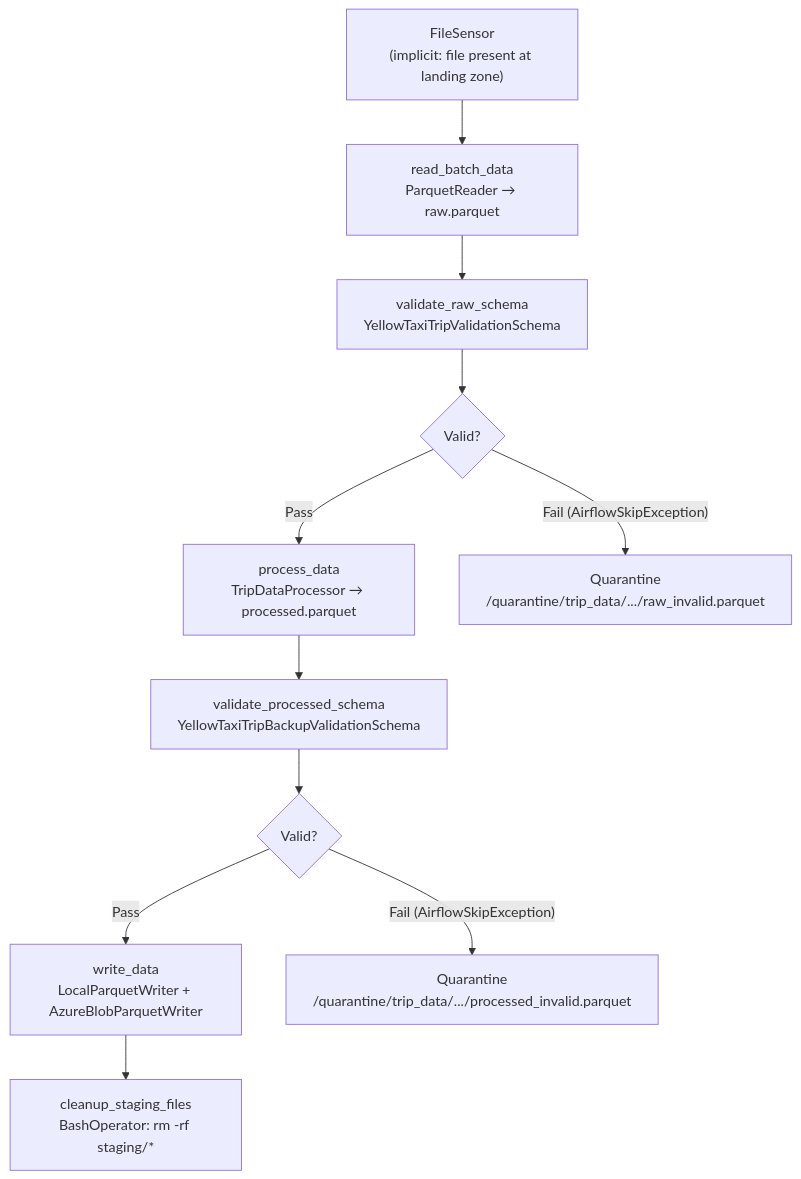
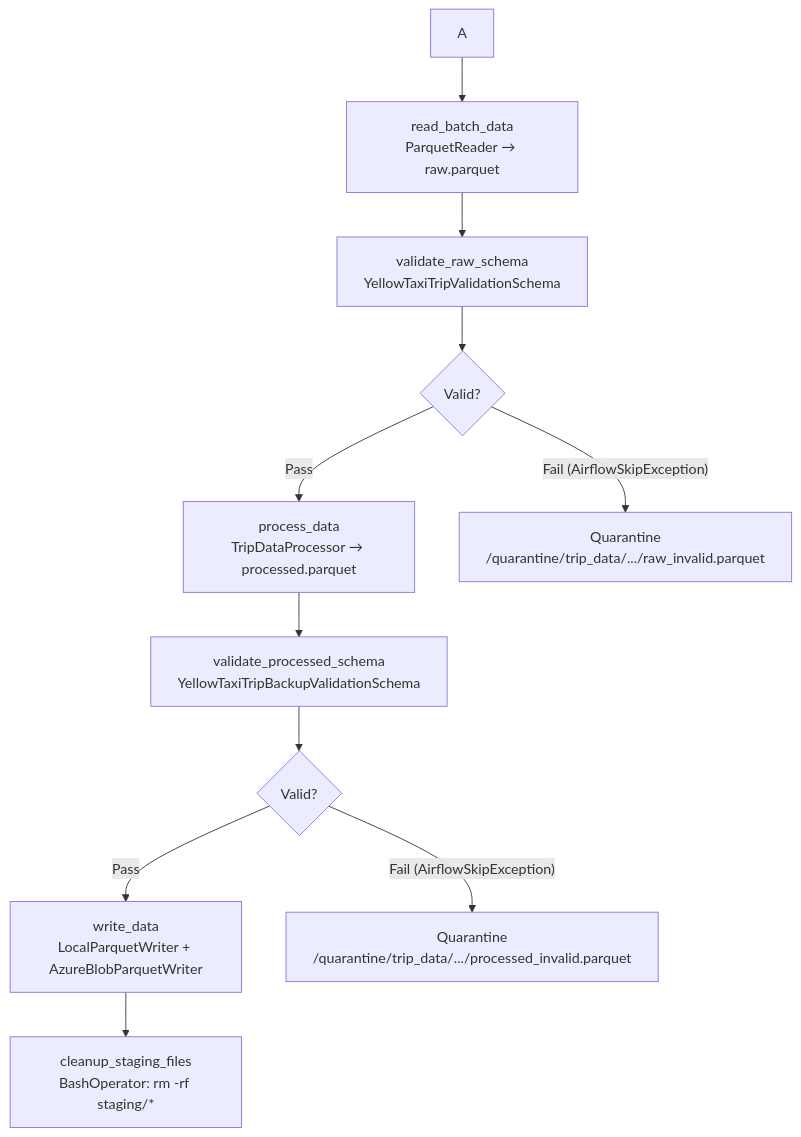
The first of 3 diagrams in README.md (Juangmz7/Data-Engineering-Pipeline), drawn with Mermaid before and after one commit.

Commit message:
Remove FileSensor node from flowchart
Removed the FileSensor node from the flowchart.

````diff
--- a/README.md
+++ b/README.md
@@ -309,20 +309,19 @@
 ```mermaid
 flowchart TD
-    A["FileSensor\n(implicit: file present at landing zone)"]
     B["read_batch_data\nParquetReader → raw.parquet"]
     C["validate_raw_schema\nYellowTaxiTripValidationSchema"]
     D{"Valid?"}
     E["process_data\nTripDataProcessor → processed.parquet"]
     F["validate_processed_schema\nYellowTaxiTripBackupValidationSchema"]
     G{"Valid?"}
     H["write_data\nLocalParquetWriter + AzureBlobParquetWriter"]
     I["cleanup_staging_files\nBashOperator: rm -rf staging/*"]
     Q1["Quarantine\n/quarantine/trip_data/.../raw_invalid.parquet"]
     Q2["Quarantine\n/quarantine/trip_data/.../processed_invalid.parquet"]
 
     A --> B --> C --> D
     D -- "Pass" --> E --> F --> G
     D -- "Fail (AirflowSkipException)" --> Q1
     G -- "Pass" --> H --> I
     G -- "Fail (AirflowSkipException)" --> Q2
 ```
````
